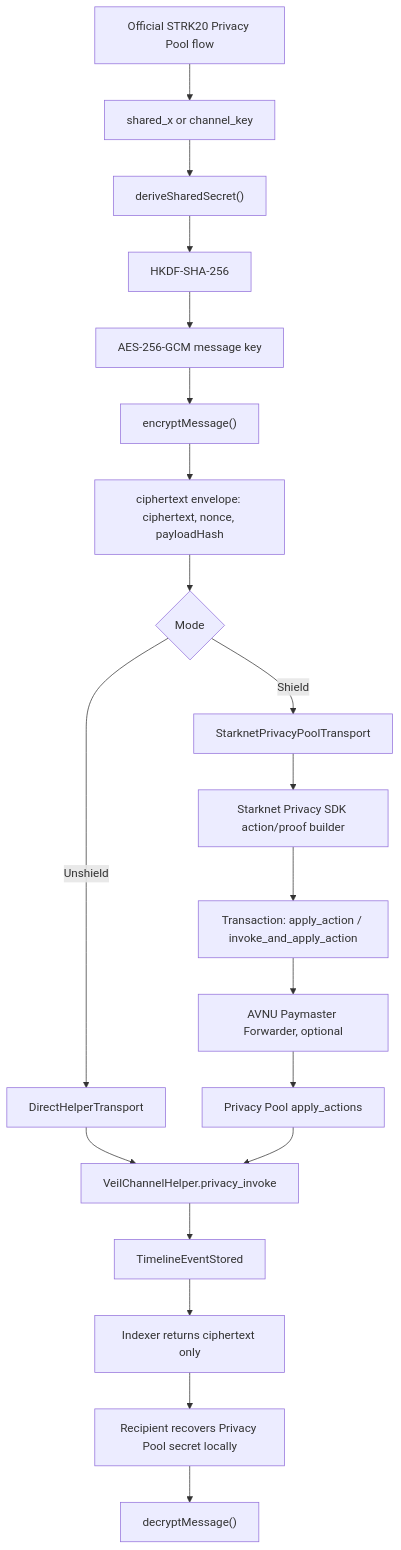
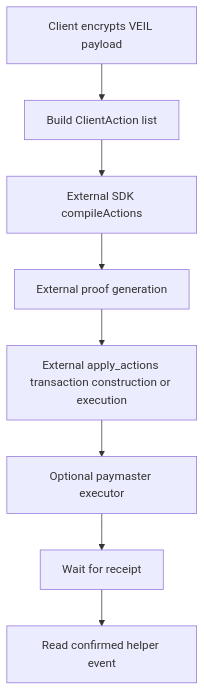
One commit to DXJLabs/velix changed the second of 2 diagrams in docs/production-onchain-messaging.md. Above: the diagram before and after it, drawn with Mermaid. The commit also changed other lines of this file and 15 other files, not shown here.

Commit message:
Update VEIL docs and channel UX

````diff
--- a/docs/production-onchain-messaging.md
+++ b/docs/production-onchain-messaging.md
@@ -19,22 +40,10 @@
 ```mermaid
 flowchart TD
-  A["Official STRK20 Privacy Pool flow"] --> B["shared_x or channel_key"]
-  B --> D["deriveSharedSecret()"]
-  D --> E["HKDF-SHA-256"]
-  E --> F["AES-256-GCM message key"]
-  F --> G["encryptMessage()"]
-  G --> H["ciphertext envelope: ciphertext, nonce, payloadHash"]
-  H --> I{"Mode"}
-  I -->|"Unshield"| J["DirectHelperTransport"]
-  J --> K["VeilChannelHelper.privacy_invoke"]
-  I -->|"Shield"| L["StarknetPrivacyPoolTransport"]
-  L --> M["Starknet Privacy SDK action/proof builder"]
-  M --> N["Transaction: apply_action / invoke_and_apply_action"]
-  N --> S["AVNU Paymaster Forwarder, optional"]
-  S --> T["Privacy Pool apply_actions"]
-  T --> K
-  K --> O["TimelineEventStored"]
-  O --> P["Indexer returns ciphertext only"]
-  P --> Q["Recipient recovers Privacy Pool secret locally"]
-  Q --> R["decryptMessage()"]
+  A["Client encrypts VEIL payload"] --> B["Build ClientAction list"]
+  B --> C["External SDK compileActions"]
+  C --> D["External proof generation"]
+  D --> E["External apply_actions transaction construction or execution"]
+  E --> F["Optional paymaster executor"]
+  F --> G["Wait for receipt"]
+  G --> H["Read confirmed helper event"]
 ```
````
